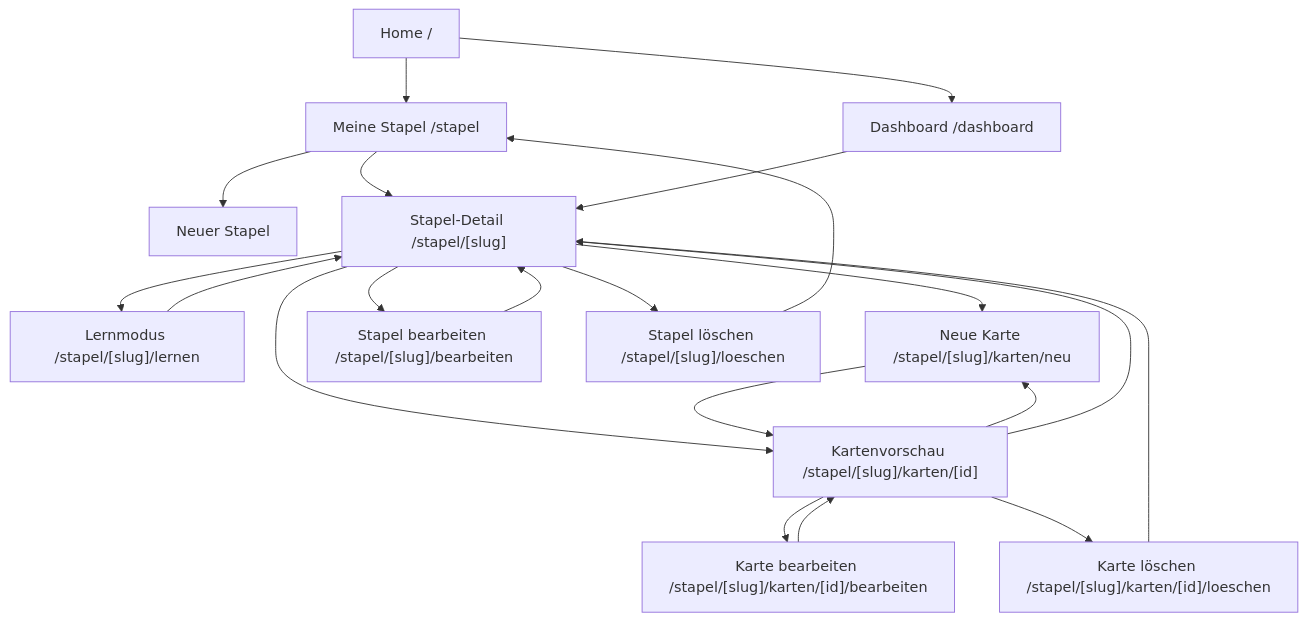
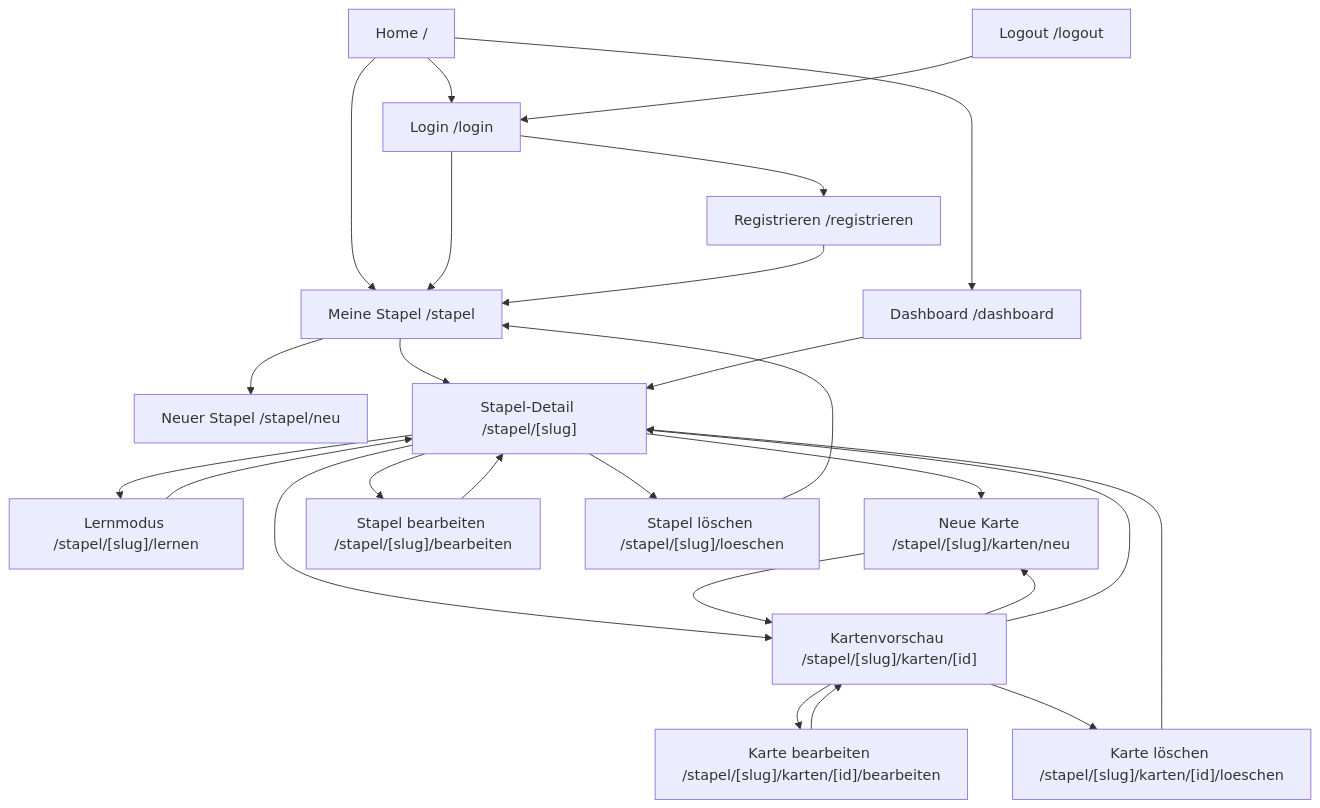
Before and after one commit to russoren1/PT-Karteikarten: the diagram in README.md, drawn with Mermaid. The commit also changed other lines of this file and 1 other file, not shown here.

Commit message:
Aktualisiere Dokumentation im README und ER-Modell auf aktuellen Stand.

````diff
--- a/README.md
+++ b/README.md
@@ -298,28 +302,34 @@
 ```mermaid
 flowchart TD
-    Home["Home /"] --> Stapel["Meine Stapel /stapel"]
+    Home["Home /"] --> Login["Login /login"]
+    Home --> Stapel["Meine Stapel /stapel"]
     Home --> Dashboard["Dashboard /dashboard"]
 
-    Stapel --> NeuerStapel["Neuer Stapel"]
+    Login --> Registrieren["Registrieren /registrieren"]
+    Login --> Stapel
+    Registrieren --> Stapel
+    Logout["Logout /logout"] --> Login
+
+    Stapel --> NeuerStapel["Neuer Stapel /stapel/neu"]
     Stapel --> StapelDetail["Stapel-Detail /stapel/[slug]"]
 
     Dashboard --> StapelDetail
 
     StapelDetail --> Lernen["Lernmodus /stapel/[slug]/lernen"]
     StapelDetail --> NeueKarte["Neue Karte /stapel/[slug]/karten/neu"]
     StapelDetail --> Karte["Kartenvorschau /stapel/[slug]/karten/[id]"]
     StapelDetail --> StapelBearbeiten["Stapel bearbeiten /stapel/[slug]/bearbeiten"]
     StapelDetail --> StapelLoeschen["Stapel löschen /stapel/[slug]/loeschen"]
 
     NeueKarte --> Karte
     Karte --> KarteBearbeiten["Karte bearbeiten /stapel/[slug]/karten/[id]/bearbeiten"]
     Karte --> KarteLoeschen["Karte löschen /stapel/[slug]/karten/[id]/loeschen"]
     Karte --> NeueKarte
     Karte --> StapelDetail
 
     KarteBearbeiten --> Karte
     KarteLoeschen --> StapelDetail
     Lernen --> StapelDetail
     StapelBearbeiten --> StapelDetail
     StapelLoeschen --> Stapel
 ```
````
